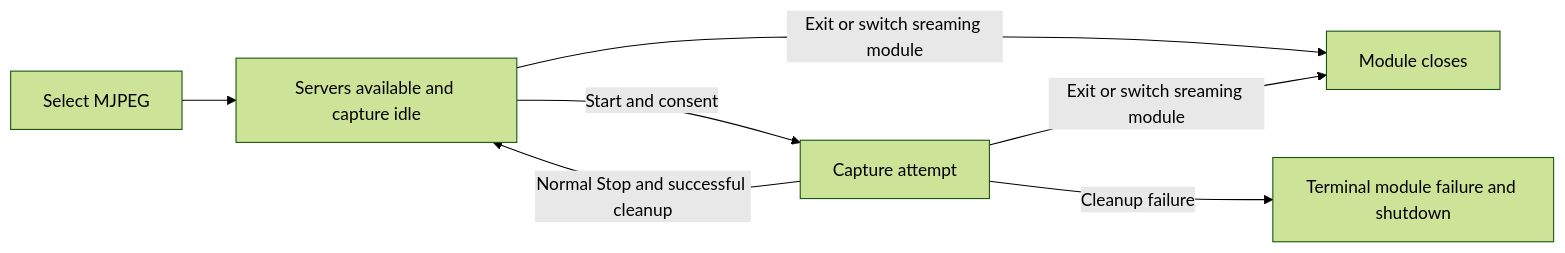
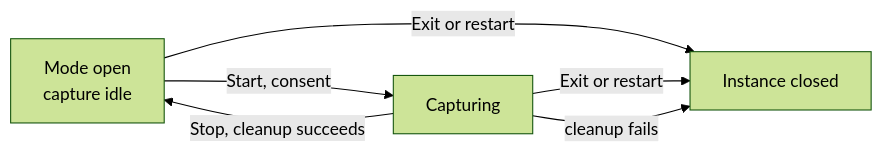
The second of 2 diagrams in mjpeg/docs/architecture.md (dkrivoruchko/ScreenStream), drawn with Mermaid (forest theme) before and after one commit. The commit also changed other lines of this file and 45 other files, not shown here.

````diff
--- a/mjpeg/docs/architecture.md
+++ b/mjpeg/docs/architecture.md
@@ -38,9 +77,8 @@
 ```mermaid
 flowchart LR
-    Select[Select MJPEG] --> Waiting[Servers available and capture idle]
-    Waiting -->|Start and consent| Capture[Capture attempt]
-    Capture -->|Normal Stop and successful cleanup| Waiting
-    Waiting -->|Exit or switch sreaming module| Closed[Module closes]
-    Capture -->|Exit or switch sreaming module| Closed
-    Capture -->|Cleanup failure| Failed[Terminal module failure and shutdown]
+    Ready["Mode open<br/>capture idle"] -->|Start, consent| Capturing
+    Capturing -->|Stop, cleanup succeeds| Ready
+    Ready -->|Exit or restart| Closed["Instance closed"]
+    Capturing -->|Exit or restart| Closed
+    Capturing -->|cleanup fails| Closed
 ```
````
